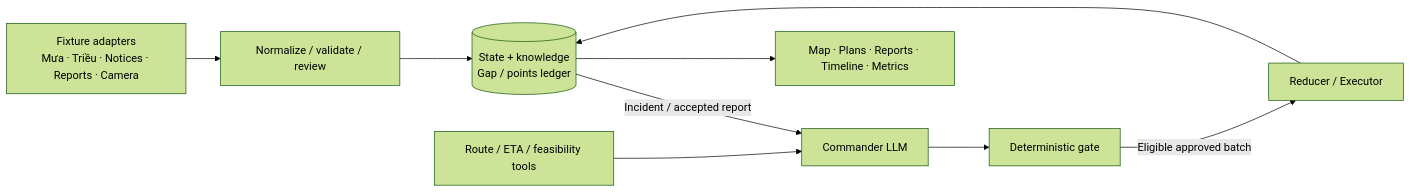
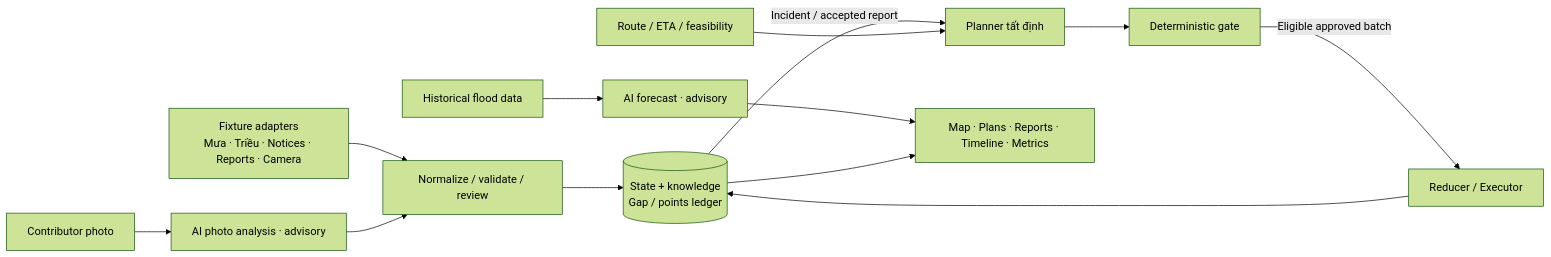
The tenth of 10 diagrams in FloodOps/prd.md (mncuchiinhuttt/floodops-application), drawn with Mermaid (forest theme) before and after one commit. The commit also changed other lines of this file and 16 other files, not shown here.

````diff
--- a/FloodOps/prd.md
+++ b/FloodOps/prd.md
@@ -706,11 +879,15 @@
 ```mermaid
 flowchart LR
     IN["Fixture adapters<br/>Mưa · Triều · Notices · Reports · Camera"] --> V["Normalize / validate / review"]
     V --> S[("State + knowledge<br/>Gap / points ledger")]
-    S -->|Incident / accepted report| C["Commander LLM"]
-    T["Route / ETA / feasibility tools"] --> C
+    S -->|Incident / accepted report| C["Planner tất định"]
+    T["Route / ETA / feasibility"] --> C
+    H["Historical flood data"] --> F["AI forecast · advisory"]
+    F --> UI
+    P["Contributor photo"] --> A["AI photo analysis · advisory"]
+    A --> V
     C --> G["Deterministic gate"]
     G -->|Eligible approved batch| X["Reducer / Executor"]
     X --> S
     S --> UI["Map · Plans · Reports · Timeline · Metrics"]
 ```
````
